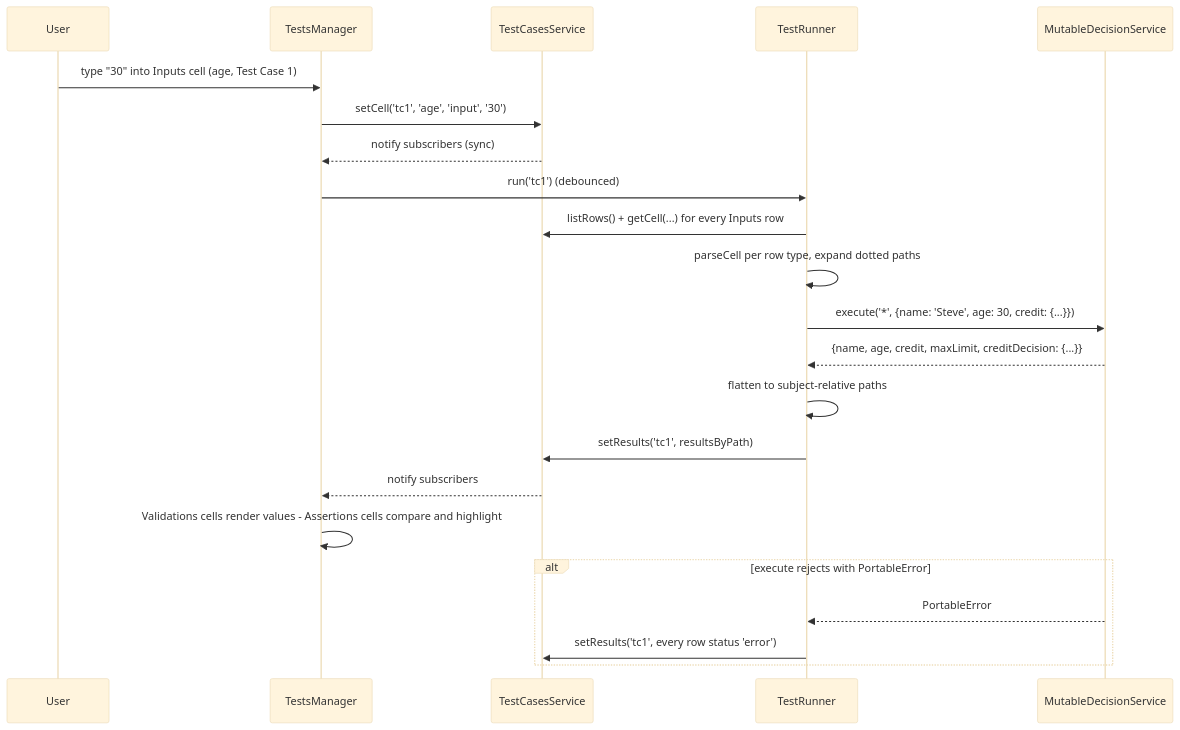
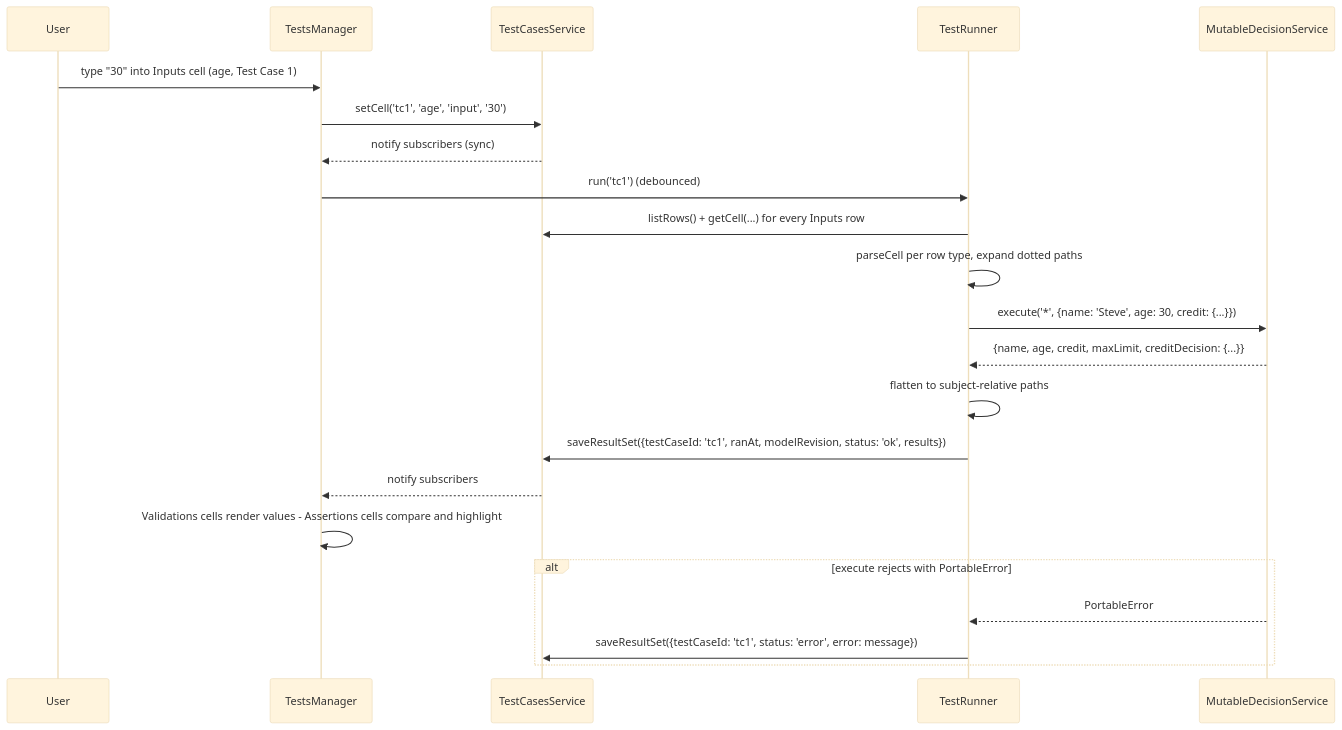
Before and after one commit to rimvydasb/edgerules-react: the third of 4 diagrams in docs/TESTS_MANAGER_STORY.md, drawn with Mermaid (base theme). The commit also changed other lines of this file and 1 other file, not shown here.

````diff
--- a/docs/TESTS_MANAGER_STORY.md
+++ b/docs/TESTS_MANAGER_STORY.md
@@ -516,24 +656,24 @@
 ```mermaid
 sequenceDiagram
     participant User
     participant Grid as TestsManager
     participant TCS as TestCasesService
     participant Runner as TestRunner
     participant Engine as MutableDecisionService
     User ->> Grid: type "30" into Inputs cell (age, Test Case 1)
     Grid ->> TCS: setCell('tc1', 'age', 'input', '30')
     TCS -->> Grid: notify subscribers (sync)
     Grid ->> Runner: run('tc1') (debounced)
     Runner ->> TCS: listRows() + getCell(...) for every Inputs row
     Runner ->> Runner: parseCell per row type, expand dotted paths
     Runner ->> Engine: execute('*', {name: 'Steve', age: 30, credit: {...}})
     Engine -->> Runner: {name, age, credit, maxLimit, creditDecision: {...}}
     Runner ->> Runner: flatten to subject-relative paths
-    Runner ->> TCS: setResults('tc1', resultsByPath)
+    Runner ->> TCS: saveResultSet({testCaseId: 'tc1', ranAt, modelRevision, status: 'ok', results})
     TCS -->> Grid: notify subscribers
     Grid ->> Grid: Validations cells render values - Assertions cells compare and highlight
     alt execute rejects with PortableError
         Engine -->> Runner: PortableError
-        Runner ->> TCS: setResults('tc1', every row status 'error')
+        Runner ->> TCS: saveResultSet({testCaseId: 'tc1', status: 'error', error: message})
     end
 ```
````
